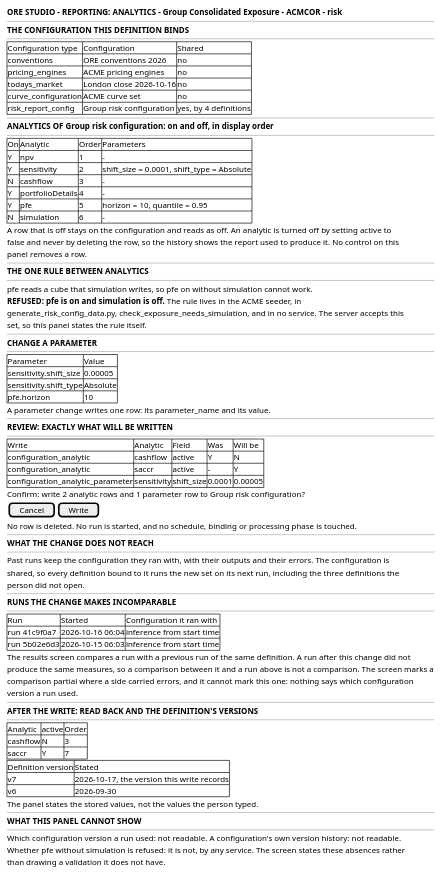
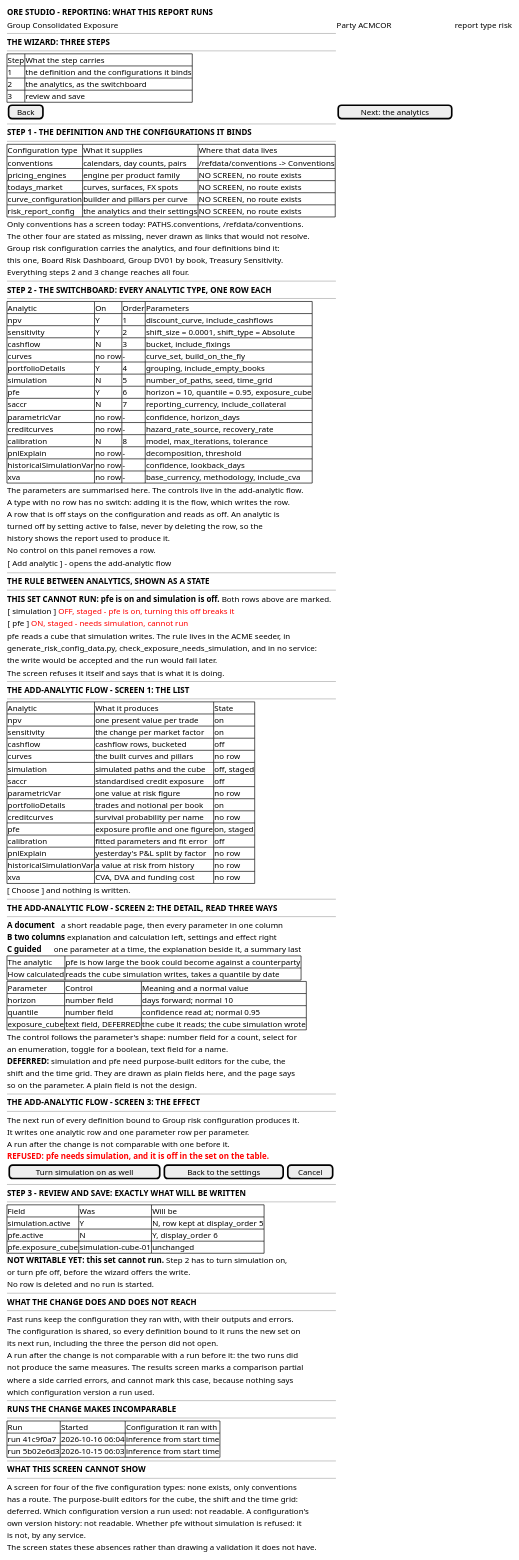
One commit to OreStudio/OreStudio changed the diagram in doc/knowledge/journeys/reporting/wireframe_change_what_a_report_runs.puml. Above: the diagram before and after it, drawn with PlantUML. The commit also changed 7 other files, not shown here.

First line of the commit message:
[docs] Restructure what a report runs as a wizard

```diff
--- a/doc/knowledge/journeys/reporting/wireframe_change_what_a_report_runs.puml
+++ b/doc/knowledge/journeys/reporting/wireframe_change_what_a_report_runs.puml
@@ -18,103 +18,167 @@
 @startuml
 
 salt
 {
-  <b>ORE STUDIO - REPORTING: ANALYTICS - Group Consolidated Exposure - ACMCOR - risk</b>
+  <b>ORE STUDIO - REPORTING: WHAT THIS REPORT RUNS</b>
+  Group Consolidated Exposure | Party ACMCOR | report type risk
   --
-  <b>THE CONFIGURATION THIS DEFINITION BINDS</b>
+  <b>THE WIZARD: THREE STEPS</b>
   --
   {#
-    Configuration type | Configuration | Shared
-    conventions | ORE conventions 2026 | no
-    pricing_engines | ACME pricing engines | no
-    todays_market | London close 2026-10-16 | no
-    curve_configuration | ACME curve set | no
-    risk_report_config | Group risk configuration | yes, by 4 definitions
+    Step | What the step carries
+    1 | the definition and the configurations it binds
+    2 | the analytics, as the switchboard
+    3 | review and save
+  }
+  [ Back ] | [ Next: the analytics ]
+  --
+  <b>STEP 1 - THE DEFINITION AND THE CONFIGURATIONS IT BINDS</b>
+  --
+  {#
+    Configuration type | What it supplies | Where that data lives
+    conventions | calendars, day counts, pairs | /refdata/conventions -> Conventions
+    pricing_engines | engine per product family | NO SCREEN, no route exists
+    todays_market | curves, surfaces, FX spots | NO SCREEN, no route exists
+    curve_configuration | builder and pillars per curve | NO SCREEN, no route exists
+    risk_report_config | the analytics and their settings | NO SCREEN, no route exists
+  }
+  Only conventions has a screen today: PATHS.conventions, /refdata/conventions.
+  The other four are stated as missing, never drawn as links that would not resolve.
+  Group risk configuration carries the analytics, and four definitions bind it:
+  this one, Board Risk Dashboard, Group DV01 by book, Treasury Sensitivity.
+  Everything steps 2 and 3 change reaches all four.
+  --
+  <b>STEP 2 - THE SWITCHBOARD: EVERY ANALYTIC TYPE, ONE ROW EACH</b>
+  --
+  {#
+    Analytic | On | Order | Parameters
+    npv | Y | 1 | discount_curve, include_cashflows
+    sensitivity | Y | 2 | shift_size = 0.0001, shift_type = Absolute
+    cashflow | N | 3 | bucket, include_fixings
+    curves | no row | - | curve_set, build_on_the_fly
+    portfolioDetails | Y | 4 | grouping, include_empty_books
+    simulation | N | 5 | number_of_paths, seed, time_grid
+    pfe | Y | 6 | horizon = 10, quantile = 0.95, exposure_cube
+    saccr | N | 7 | reporting_currency, include_collateral
+    parametricVar | no row | - | confidence, horizon_days
+    creditcurves | no row | - | hazard_rate_source, recovery_rate
+    calibration | N | 8 | model, max_iterations, tolerance
+    pnlExplain | no row | - | decomposition, threshold
+    historicalSimulationVar | no row | - | confidence, lookback_days
+    xva | no row | - | base_currency, methodology, include_cva
+  }
+  The parameters are summarised here. The controls live in the add-analytic flow.
+  A type with no row has no switch: adding it is the flow, which writes the row.
+  A row that is off stays on the configuration and reads as off. An analytic is
+  turned off by setting active to false, never by deleting the row, so the
+  history shows the report used to produce it.
+  No control on this panel removes a row.
+  {
+    [ Add analytic ] - opens the add-analytic flow
   }
   --
-  <b>ANALYTICS OF Group risk configuration: on and off, in display order</b>
+  <b>THE RULE BETWEEN ANALYTICS, SHOWN AS A STATE</b>
+  --
+  <b>THIS SET CANNOT RUN: pfe is on and simulation is off.</b> Both rows above are marked.
+  {
+    [ simulation ] <color:red>OFF, staged - pfe is on, turning this off breaks it</color>
+    [ pfe ] <color:red>ON, staged - needs simulation, cannot run</color>
+  }
+  pfe reads a cube that simulation writes. The rule lives in the ACME seeder, in
+  generate_risk_config_data.py, check_exposure_needs_simulation, and in no service:
+  the write would be accepted and the run would fail later.
+  The screen refuses it itself and says that is what it is doing.
+  --
+  <b>THE ADD-ANALYTIC FLOW - SCREEN 1: THE LIST</b>
   --
   {#
-    On | Analytic | Order | Parameters
-    Y | npv | 1 | -
-    Y | sensitivity | 2 | shift_size = 0.0001, shift_type = Absolute
-    N | cashflow | 3 | -
-    Y | portfolioDetails | 4 | -
-    Y | pfe | 5 | horizon = 10, quantile = 0.95
-    N | simulation | 6 | -
+    Analytic | What it produces | State
+    npv | one present value per trade | on
+    sensitivity | the change per market factor | on
+    cashflow | cashflow rows, bucketed | off
+    curves | the built curves and pillars | no row
+    simulation | simulated paths and the cube | off, staged
+    saccr | standardised credit exposure | off
+    parametricVar | one value at risk figure | no row
+    portfolioDetails | trades and notional per book | on
+    creditcurves | survival probability per name | no row
+    pfe | exposure profile and one figure | on, staged
+    calibration | fitted parameters and fit error | off
+    pnlExplain | yesterday's P&L split by factor | no row
+    historicalSimulationVar | a value at risk from history | no row
+    xva | CVA, DVA and funding cost | no row
   }
-  A row that is off stays on the configuration and reads as off. An analytic is turned off by setting active to
-  false and never by deleting the row, so the history shows the report used to produce it. No control on this
-  panel removes a row.
+  [ Choose ] and nothing is written.
   --
-  <b>THE ONE RULE BETWEEN ANALYTICS</b>
+  <b>THE ADD-ANALYTIC FLOW - SCREEN 2: THE DETAIL, READ THREE WAYS</b>
   --
-  pfe reads a cube that simulation writes, so pfe on without simulation cannot work.
-  <b>REFUSED: pfe is on and simulation is off.</b> The rule lives in the ACME seeder, in
-  generate_risk_config_data.py, check_exposure_needs_simulation, and in no service. The server accepts this
-  set, so this panel states the rule itself.
+  <b>A document</b>   a short readable page, then every parameter in one column
+  <b>B two columns</b> explanation and calculation left, settings and effect right
+  <b>C guided</b>      one parameter at a time, the explanation beside it, a summary last
+  {#
+    The analytic | pfe is how large the book could become against a counterparty
+    How calculated | reads the cube simulation writes, takes a quantile by date
+  }
+  {#
+    Parameter | Control | Meaning and a normal value
+    horizon | number field | days forward; normal 10
+    quantile | number field | confidence read at; normal 0.95
+    exposure_cube | text field, DEFERRED | the cube it reads; the cube simulation wrote
+  }
+  The control follows the parameter's shape: number field for a count, select for
+  an enumeration, toggle for a boolean, text field for a name.
+  <b>DEFERRED:</b> simulation and pfe need purpose-built editors for the cube, the
+  shift and the time grid. They are drawn as plain fields here, and the page says
+  so on the parameter. A plain field is not the design.
   --
-  <b>CHANGE A PARAMETER</b>
+  <b>THE ADD-ANALYTIC FLOW - SCREEN 3: THE EFFECT</b>
+  --
+  The next run of every definition bound to Group risk configuration produces it.
+  It writes one analytic row and one parameter row per parameter.
+  A run after the change is not comparable with one before it.
+  <b><color:red>REFUSED: pfe needs simulation, and it is off in the set on the table.</color></b>
+  {
+    [ Turn simulation on as well ] | [ Back to the settings ] | [ Cancel ]
+  }
+  --
+  <b>STEP 3 - REVIEW AND SAVE: EXACTLY WHAT WILL BE WRITTEN</b>
   --
   {#
-    Parameter | Value
-    sensitivity.shift_size | 0.00005
-    sensitivity.shift_type | Absolute
-    pfe.horizon | 10
+    Field | Was | Will be
+    simulation.active | Y | N, row kept at display_order 5
+    pfe.active | N | Y, display_order 6
+    pfe.exposure_cube | simulation-cube-01 | unchanged
   }
-  A parameter change writes one row: its parameter_name and its value.
+  <b>NOT WRITABLE YET: this set cannot run.</b> Step 2 has to turn simulation on,
+  or turn pfe off, before the wizard offers the write.
+  No row is deleted and no run is started.
   --
-  <b>REVIEW: EXACTLY WHAT WILL BE WRITTEN</b>
+  <b>WHAT THE CHANGE DOES AND DOES NOT REACH</b>
   --
-  {#
-    Write | Analytic | Field | Was | Will be
-    configuration_analytic | cashflow | active | Y | N
-    configuration_analytic | saccr | active | - | Y
-    configuration_analytic_parameter | sensitivity | shift_size | 0.0001 | 0.00005
-  }
-  Confirm: write 2 analytic rows and 1 parameter row to Group risk configuration?
-  {
-    [ Cancel ] | [ Write ]
-  }
-  No row is deleted. No run is started, and no schedule, binding or processing phase is touched.
-  --
-  <b>WHAT THE CHANGE DOES NOT REACH</b>
-  --
-  Past runs keep the configuration they ran with, with their outputs and their errors. The configuration is
-  shared, so every definition bound to it runs the new set on its next run, including the three definitions the
-  person did not open.
+  Past runs keep the configuration they ran with, with their outputs and errors.
+  The configuration is shared, so every definition bound to it runs the new set on
+  its next run, including the three the person did not open.
+  A run after the change is not comparable with a run before it: the two runs did
+  not produce the same measures. The results screen marks a comparison partial
+  where a side carried errors, and cannot mark this case, because nothing says
+  which configuration version a run used.
   --
   <b>RUNS THE CHANGE MAKES INCOMPARABLE</b>
   --
   {#
     Run | Started | Configuration it ran with
     run 41c9f0a7 | 2026-10-16 06:04 | inference from start time
     run 5b02e6d3 | 2026-10-15 06:03 | inference from start time
   }
-  The results screen compares a run with a previous run of the same definition. A run after this change did not
-  produce the same measures, so a comparison between it and a run above is not a comparison. The screen marks a
-  comparison partial where a side carried errors, and it cannot mark this one: nothing says which configuration
-  version a run used.
   --
-  <b>AFTER THE WRITE: READ BACK AND THE DEFINITION'S VERSIONS</b>
+  <b>WHAT THIS SCREEN CANNOT SHOW</b>
   --
-  {#
-    Analytic | active | Order
-    cashflow | N | 3
-    saccr | Y | 7
-  }
-  {#
-    Definition version | Stated
-    v7 | 2026-10-17, the version this write records
-    v6 | 2026-09-30
-  }
-  The panel states the stored values, not the values the person typed.
-  --
-  <b>WHAT THIS PANEL CANNOT SHOW</b>
-  --
-  Which configuration version a run used: not readable. A configuration's own version history: not readable.
-  Whether pfe without simulation is refused: it is not, by any service. The screen states these absences rather
-  than drawing a validation it does not have.
+  A screen for four of the five configuration types: none exists, only conventions
+  has a route. The purpose-built editors for the cube, the shift and the time grid:
+  deferred. Which configuration version a run used: not readable. A configuration's
+  own version history: not readable. Whether pfe without simulation is refused: it
+  is not, by any service.
+  The screen states these absences rather than drawing a validation it does not have.
 }
 
 @enduml
```
